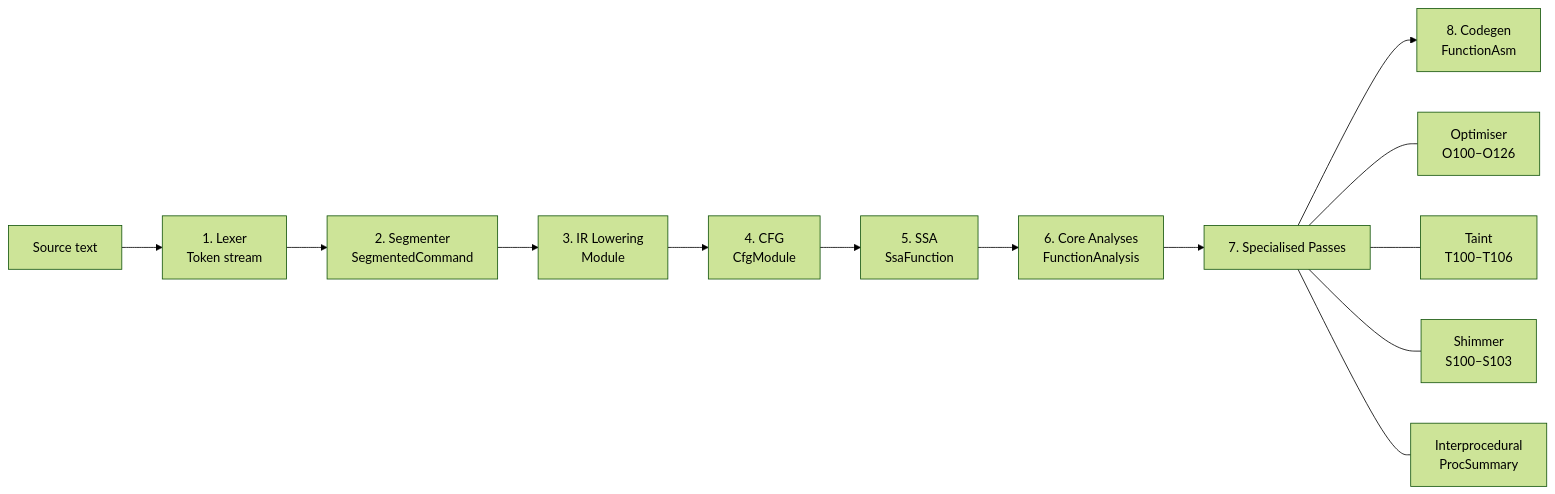
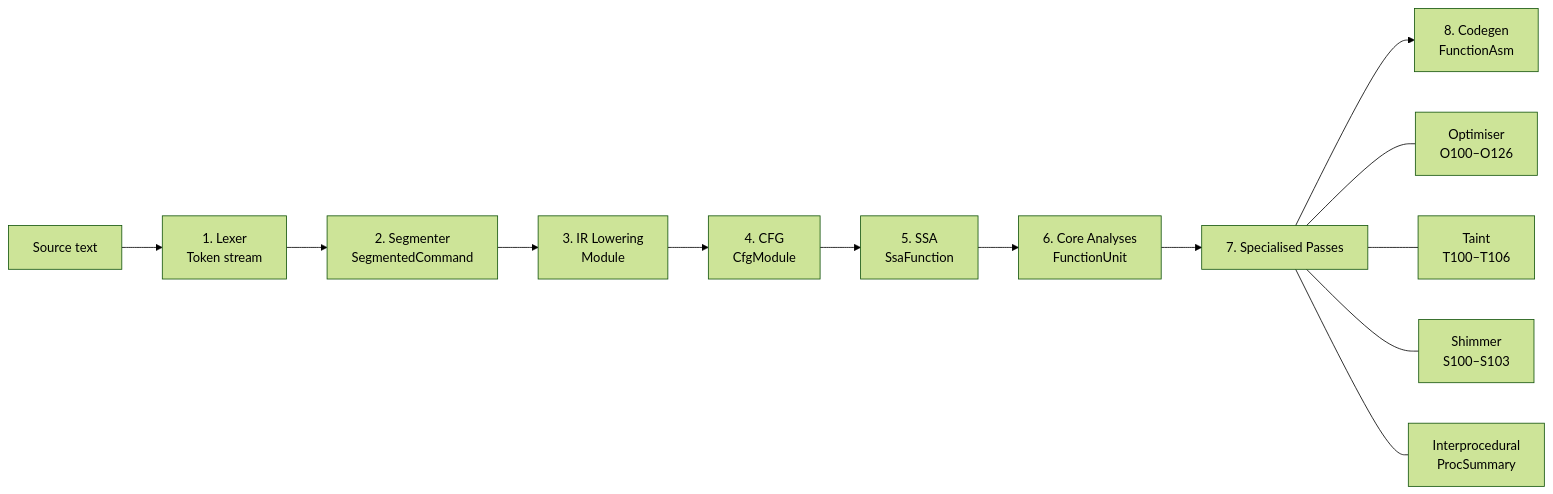
The first of 33 diagrams in docs/GLOSSARY.md (bitwisecook/tcl-lsp), drawn with Mermaid (forest theme) before and after one commit. The commit also changed other lines of this file and 14 other files, not shown here.

````diff
--- a/docs/GLOSSARY.md
+++ b/docs/GLOSSARY.md
@@ -11,16 +11,16 @@
 ```mermaid
 flowchart LR
     SRC["Source text"] --> LEX["1. Lexer<br/>Token stream"]
     LEX --> SEG["2. Segmenter<br/>SegmentedCommand"]
     SEG --> IR["3. IR Lowering<br/>Module"]
     IR --> CFG["4. CFG<br/>CfgModule"]
     CFG --> SSA["5. SSA<br/>SsaFunction"]
-    SSA --> ANA["6. Core Analyses<br/>FunctionAnalysis"]
+    SSA --> ANA["6. Core Analyses<br/>FunctionUnit"]
     ANA --> SP["7. Specialised Passes"]
     SP --> CG["8. Codegen<br/>FunctionAsm"]
 
     SP --- OPT["Optimiser<br/>O100–O126"]
     SP --- TAINT["Taint<br/>T100–T106"]
     SP --- SHIM["Shimmer<br/>S100–S103"]
     SP --- INTERP["Interprocedural<br/>ProcSummary"]
 ```
````
